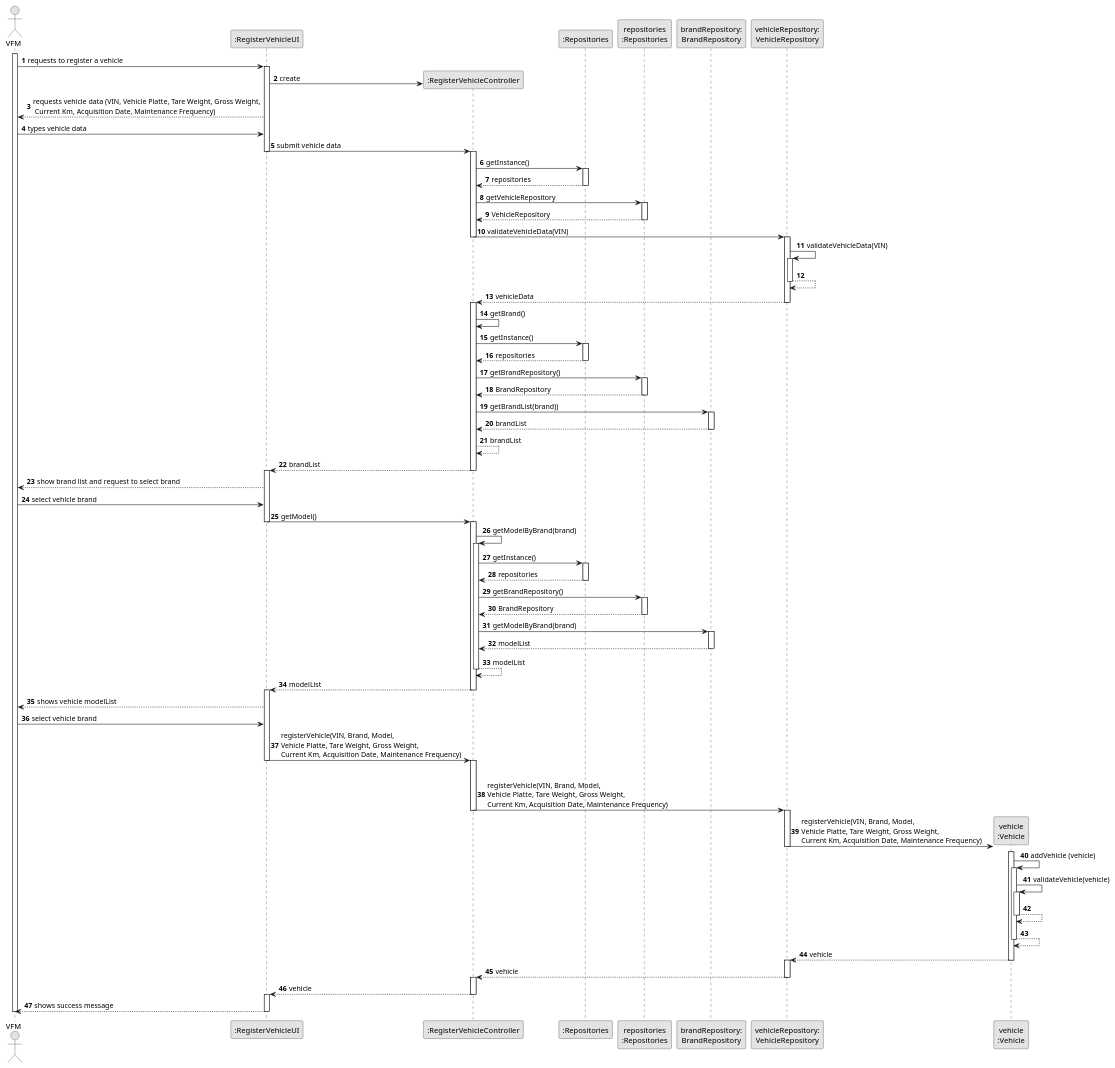
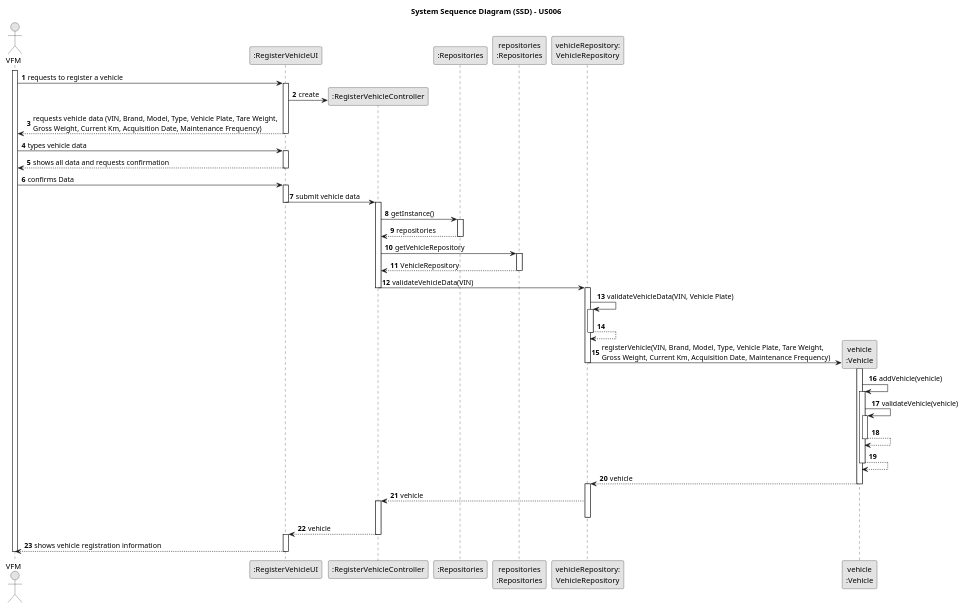
The diagram in docs/sprintB/us006/03.design/puml/us006-sequence-diagram-full.puml (ricardomm7/leaflink), drawn with PlantUML before and after one commit. The commit also changed 2 other files, not shown here.

Commit message:
LFC2-88<Correct SSD full with new requiremets-engineering>

```diff
--- a/docs/sprintB/us006/03.design/puml/us006-sequence-diagram-full.puml
+++ b/docs/sprintB/us006/03.design/puml/us006-sequence-diagram-full.puml
@@ -1,184 +1,99 @@
 @startuml
 skinparam monochrome true
 skinparam packageStyle rectangle
 skinparam shadowing false
 
+title System Sequence Diagram (SSD) - US006
 
 autonumber
 
-'hide footbox
 actor "VFM" as VFM
 participant ":RegisterVehicleUI" as UI
 participant ":RegisterVehicleController" as CTRL
 participant ":Repositories" as RepositorySingleton
 participant "repositories\n:Repositories" as PLAT
-participant "brandRepository:\nBrandRepository" as BrandRepository
 participant "vehicleRepository:\nVehicleRepository" as VehicleRepository
 participant "vehicle\n:Vehicle" as VEI
 
 activate VFM
 
     VFM -> UI : requests to register a vehicle
     activate UI
 
         UI -> CTRL** : create
 
-        UI --> VFM : requests vehicle data (VIN, Vehicle Platte, Tare Weight, Gross Weight,\n Current Km, Acquisition Date, Maintenance Frequency)
+        UI --> VFM : requests vehicle data (VIN, Brand, Model, Type, Vehicle Plate, Tare Weight, \nGross Weight, Current Km, Acquisition Date, Maintenance Frequency)
+        deactivate UI
 
     VFM -> UI : types vehicle data
+    activate UI
+
+    UI --> VFM : shows all data and requests confirmation
+    deactivate UI
+
+    VFM -> UI: confirms Data
+    activate UI
 
         UI -> CTRL : submit vehicle data
         deactivate UI
         activate CTRL
 
             CTRL -> RepositorySingleton: getInstance()
             activate RepositorySingleton
 
             RepositorySingleton --> CTRL: repositories
             deactivate RepositorySingleton
 
             CTRL -> PLAT: getVehicleRepository
             activate PLAT
 
             PLAT --> CTRL: VehicleRepository
             deactivate PLAT
 
-            CTRL -> VehicleRepository : validateVehicleData(VIN)
-            deactivate CTRL
+        CTRL -> VehicleRepository : validateVehicleData(VIN)
+        deactivate CTRL
 
             activate VehicleRepository
 
-            VehicleRepository -> VehicleRepository: validateVehicleData(VIN)
+            VehicleRepository -> VehicleRepository: validateVehicleData(VIN, Vehicle Plate)
             activate VehicleRepository
 
             VehicleRepository --> VehicleRepository
             deactivate VehicleRepository
 
 
-            VehicleRepository --> CTRL : vehicleData
+            VehicleRepository -> VEI **: registerVehicle(VIN, Brand, Model, Type, Vehicle Plate, Tare Weight, \nGross Weight, Current Km, Acquisition Date, Maintenance Frequency)
+        deactivate VehicleRepository
+            activate VEI
+
+            VEI -> VEI: addVehicle(vehicle)
+            activate VEI
+
+            VEI -> VEI: validateVehicle(vehicle)
+            activate VEI
+
+            VEI --> VEI
+            deactivate VEI
+
+            VEI --> VEI
+            deactivate VEI
+
+            VEI --> VehicleRepository: vehicle
+            deactivate VEI
+            activate VehicleRepository
+
+            VehicleRepository --> CTRL: vehicle
+            activate CTRL
             deactivate VehicleRepository
-            activate CTRL
 
 
-
-        deactivate UI
-
-            CTRL -> CTRL : getBrand()
-
-                CTRL -> RepositorySingleton : getInstance()
-                activate RepositorySingleton
-
-                RepositorySingleton --> CTRL: repositories
-                deactivate RepositorySingleton
-
-                CTRL -> PLAT : getBrandRepository()
-                activate PLAT
-
-                PLAT --> CTRL : BrandRepository
-                deactivate PLAT
-
-                CTRL -> BrandRepository : getBrandList(brand))
-                activate BrandRepository
-
-                BrandRepository --> CTRL : brandList
-                deactivate BrandRepository
-
-                CTRL --> CTRL : brandList
-
-            CTRL --> UI: brandList
+            CTRL --> UI : vehicle
             deactivate CTRL
-
             activate UI
 
-
-
-    UI --> VFM : show brand list and request to select brand
-
-    VFM -> UI : select vehicle brand
-
-    UI -> CTRL : getModel()
-    deactivate UI
-    activate CTRL
-
-        CTRL -> CTRL : getModelByBrand(brand)
-                    activate CTRL
-
-                        CTRL -> RepositorySingleton : getInstance()
-                        activate RepositorySingleton
-
-                        RepositorySingleton --> CTRL: repositories
-                        deactivate RepositorySingleton
-
-                        CTRL -> PLAT : getBrandRepository()
-                        activate PLAT
-
-                        PLAT --> CTRL : BrandRepository
-                        deactivate PLAT
-
-                        CTRL -> BrandRepository : getModelByBrand(brand)
-                        activate BrandRepository
-
-                        BrandRepository --> CTRL : modelList
-                        deactivate BrandRepository
-
-                    CTRL --> CTRL : modelList
-                    deactivate CTRL
-
-        CTRL --> UI: modelList
-        deactivate CTRL
-        activate UI
-
-
-
-        UI --> VFM : shows vehicle modelList
-
-    VFM -> UI : select vehicle brand
-
-        UI -> CTRL : registerVehicle(VIN, Brand, Model, \nVehicle Platte, Tare Weight, Gross Weight, \nCurrent Km, Acquisition Date, Maintenance Frequency)
-        deactivate UI
-        activate CTRL
-
-            |||
-            CTRL -> VehicleRepository : registerVehicle(VIN, Brand, Model, \nVehicle Platte, Tare Weight, Gross Weight, \nCurrent Km, Acquisition Date, Maintenance Frequency)
-                        deactivate CTRL
-
-            activate VehicleRepository
-
-                VehicleRepository -> VEI **: registerVehicle(VIN, Brand, Model, \nVehicle Platte, Tare Weight, Gross Weight, \nCurrent Km, Acquisition Date, Maintenance Frequency)
-                deactivate VehicleRepository
-                activate VEI
-
-                    VEI -> VEI: addVehicle (vehicle)
-                    activate VEI
-
-                    VEI -> VEI: validateVehicle(vehicle)
-                    activate VEI
-
-                    VEI --> VEI
-                    deactivate VEI
-
-                    VEI --> VEI
-                    deactivate VEI
-
-
-                VEI --> VehicleRepository: vehicle
-                                deactivate VEI
-
-                activate VehicleRepository
-
-            VehicleRepository --> CTRL: vehicle
-            deactivate VehicleRepository
-                        activate CTRL
-
-
-            CTRL --> UI: vehicle
-                        deactivate CTRL
-
-            activate UI
-
-        UI --> VFM : shows success message
+    UI --> VFM : shows vehicle registration information
     deactivate UI
 
 deactivate VFM
 
 @enduml
```
